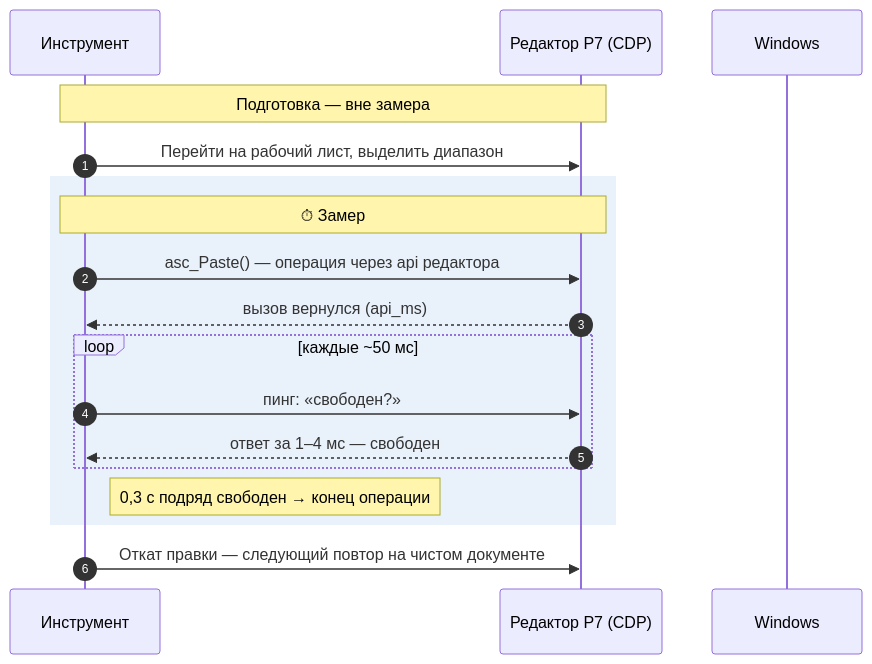
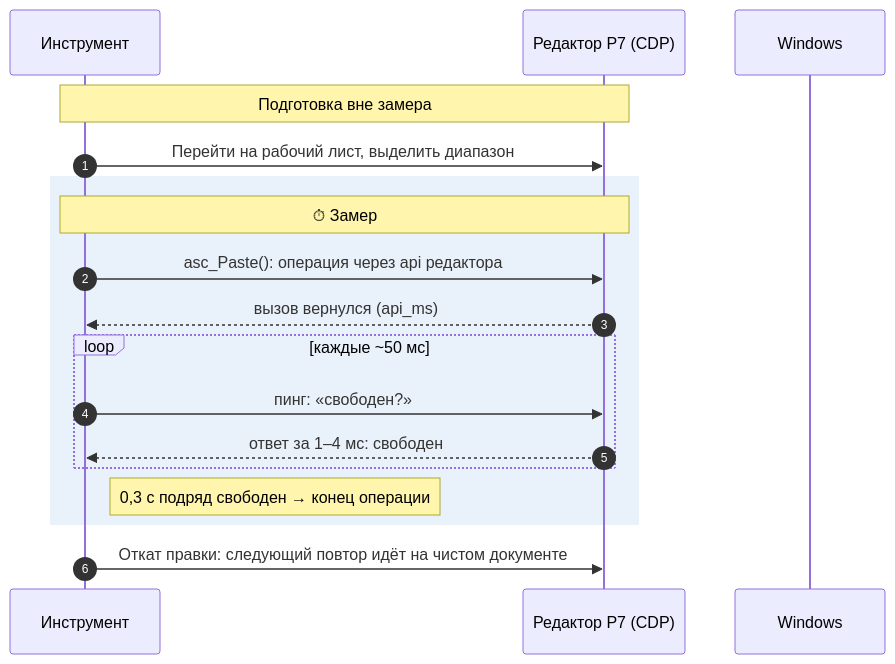
The second of 4 diagrams in README.md (fedintsevqq/r7-testovarka), drawn with Mermaid before and after one commit. The commit also changed other lines of this file and 4 other files, not shown here.

First line of the commit message:
docs: README вычитан humanizer-ru, схема архитектуры, презентация проекта (#86)

````diff
--- a/README.md
+++ b/README.md
@@ -117,21 +117,21 @@
 ```mermaid
 sequenceDiagram
     autonumber
     participant T as Инструмент
     participant E as Редактор Р7 (CDP)
     participant W as Windows
 
-    Note over T,E: Подготовка — вне замера
+    Note over T,E: Подготовка вне замера
     T->>E: Перейти на рабочий лист, выделить диапазон
     rect rgba(42,120,214,0.10)
     Note over T,E: ⏱ Замер
-    T->>E: asc_Paste() — операция через api редактора
+    T->>E: asc_Paste(): операция через api редактора
     E-->>T: вызов вернулся (api_ms)
     loop каждые ~50 мс
         T->>E: пинг: «свободен?»
-        E-->>T: ответ за 1–4 мс — свободен
+        E-->>T: ответ за 1–4 мс: свободен
     end
     Note right of T: 0,3 с подряд свободен → конец операции
     end
-    T->>E: Откат правки — следующий повтор на чистом документе
+    T->>E: Откат правки: следующий повтор идёт на чистом документе
 ```
````
